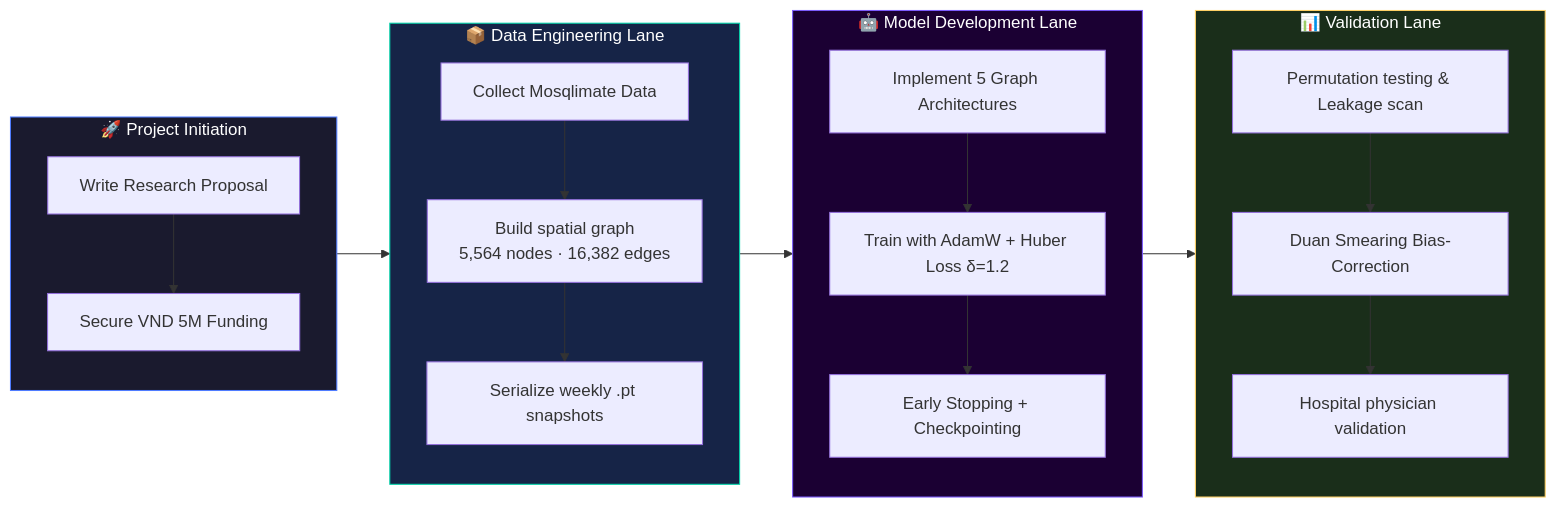
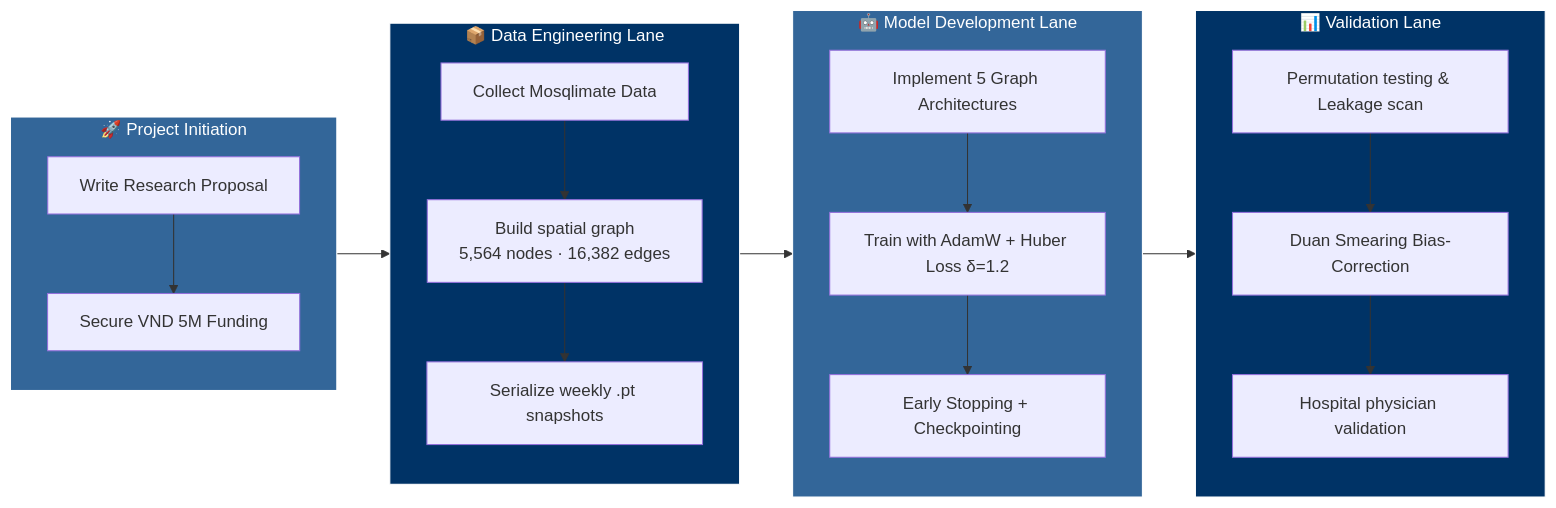
Before and after one commit to danielhuynh-04/Sheaf-Attention-Networks-in-forecasting-Dengue-fever-in-Brazil: the second of 2 diagrams in README.md, drawn with Mermaid. The commit also changed other lines of this file, not shown here.

````diff
--- a/README.md
+++ b/README.md
@@ -134,39 +134,39 @@
 ```mermaid
 flowchart LR
   subgraph START ["🚀 Project Initiation"]
     direction TB
     S1["Write Research Proposal"]
     S2["Secure VND 5M Funding"]
   end
 
   subgraph DATA ["📦 Data Engineering Lane"]
     direction TB
     D1["Collect Mosqlimate Data"]
     D2["Build spatial graph\n5,564 nodes · 16,382 edges"]
     D3["Serialize weekly .pt snapshots"]
   end
 
   subgraph MODEL ["🤖 Model Development Lane"]
     direction TB
     M1["Implement 5 Graph Architectures"]
     M2["Train with AdamW + Huber Loss δ=1.2"]
     M3["Early Stopping + Checkpointing"]
   end
 
   subgraph EVAL ["📊 Validation Lane"]
     direction TB
     E1["Permutation testing & Leakage scan"]
     E2["Duan Smearing Bias-Correction"]
     E3["Hospital physician validation"]
   end
 
   S1 --> S2 --> D1
   D1 --> D2 --> D3
   D3 --> M1 --> M2 --> M3
   M3 --> E1 --> E2 --> E3
 
-  style START fill:#1a1a2e,stroke:#4f7cff,color:#fff
-  style DATA fill:#162447,stroke:#00d4aa,color:#fff
-  style MODEL fill:#1b0033,stroke:#7c5cfc,color:#fff
-  style EVAL fill:#1a2e1a,stroke:#ffd166,color:#fff
+  style START fill:#336699,stroke:#ffffff,color:#fff
+  style DATA fill:#003366,stroke:#ffffff,color:#fff
+  style MODEL fill:#336699,stroke:#ffffff,color:#fff
+  style EVAL fill:#003366,stroke:#ffffff,color:#fff
 ```
````
